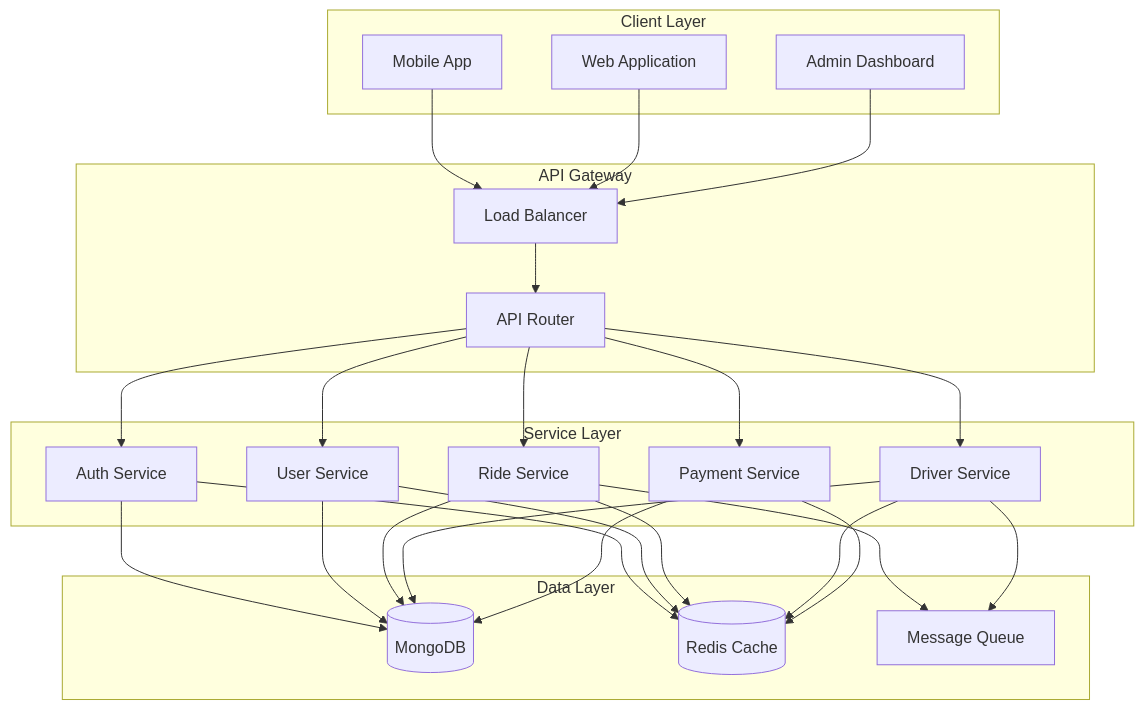
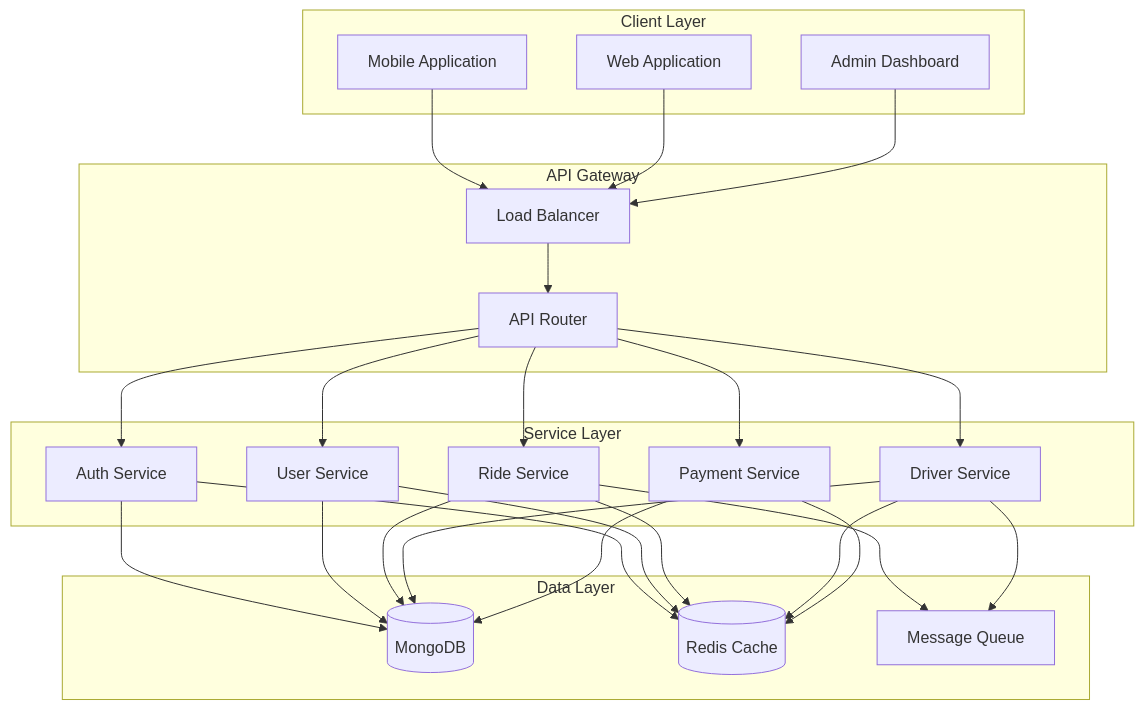
Before and after one commit to zahid-official/milestone-17-server: the first of 2 diagrams in README.md, drawn with Mermaid.

Commit message:
Update readme.md file

````diff
--- a/README.md
+++ b/README.md
@@ -86,34 +86,34 @@
 ```mermaid
 graph TB
     subgraph "Client Layer"
-        A[Mobile App]
+        A[Mobile Application]
         B[Web Application]
         C[Admin Dashboard]
     end
 
     subgraph "API Gateway"
         D[Load Balancer]
         F[API Router]
     end
 
     subgraph "Service Layer"
         G[Auth Service]
         H[User Service]
         I[Ride Service]
         J[Driver Service]
         K[Payment Service]
     end
 
     subgraph "Data Layer"
         L[(MongoDB)]
         M[(Redis Cache)]
         N[Message Queue]
     end
 
     A & B & C --> D
     D --> F
     F --> G & H & I & J & K
     G & H & I & J & K --> L
     G & H & I & J & K --> M
     I & J --> N
 ```
````
